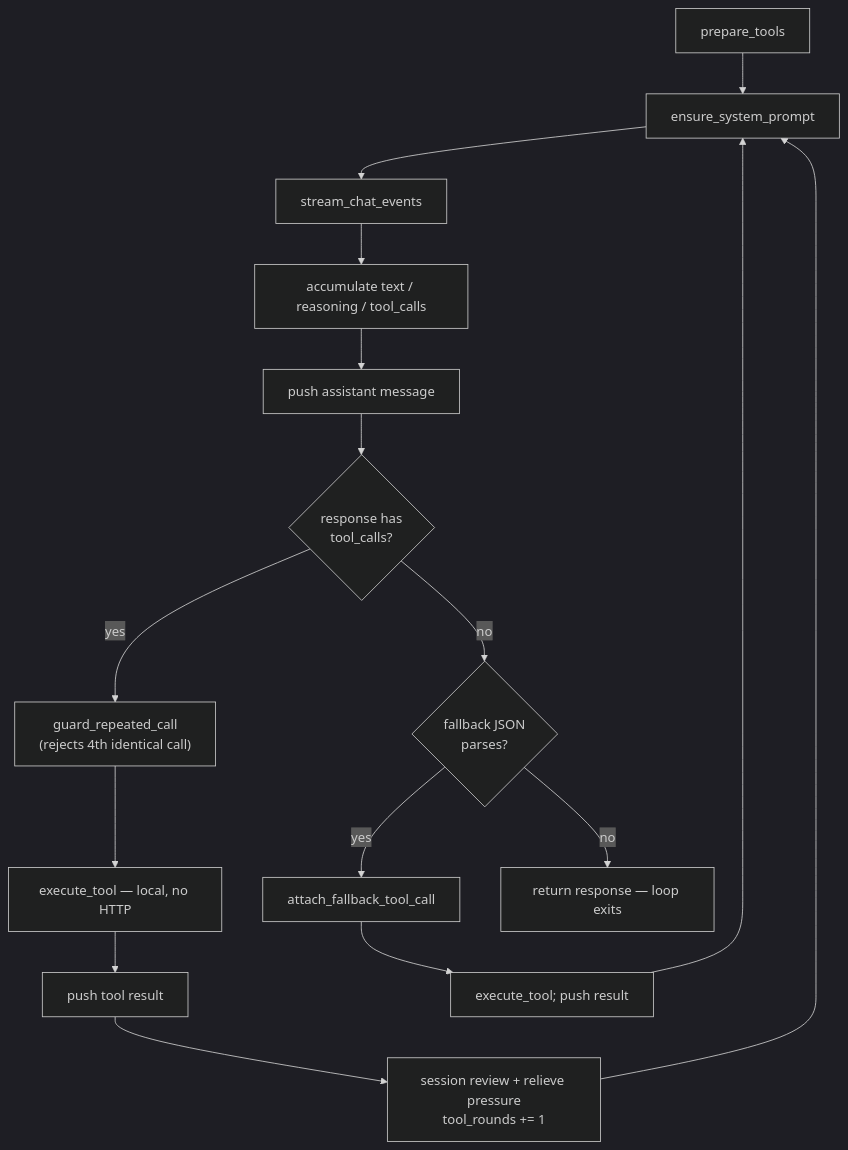
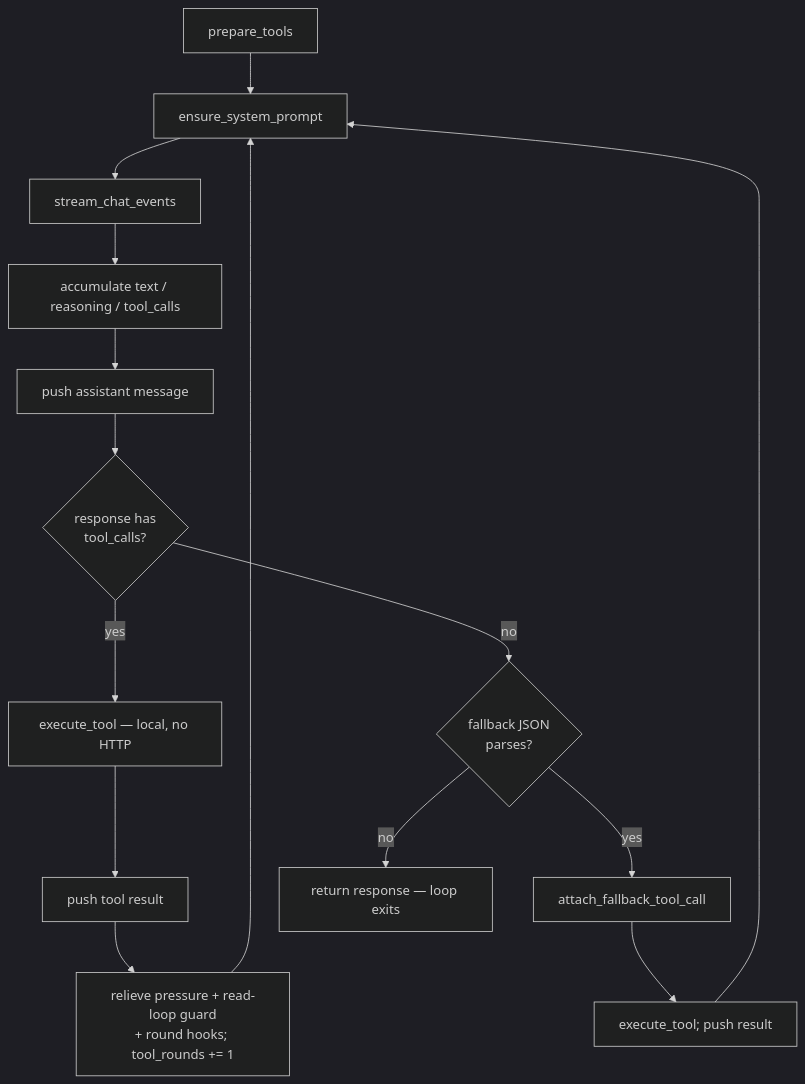
One commit to ming2k/neenee changed the diagram in docs/explanation/request-flow.md. Above: the diagram before and after it, drawn with Mermaid (dark theme). The commit also changed other lines of this file and 59 other files, not shown here.

First line of the commit message:
feat: ADR-0034 read-loop guard, anthropic_compat provider, MCP auto-reconnect

````diff
--- a/docs/explanation/request-flow.md
+++ b/docs/explanation/request-flow.md
@@ -140,18 +140,17 @@
 ```mermaid
 flowchart TD
     A["prepare_tools"] --> C["ensure_system_prompt"]
     C --> D["stream_chat_events"]
     D --> E["accumulate text / reasoning / tool_calls"]
     E --> F["push assistant message"]
     F --> G{"response has<br/>tool_calls?"}
-    G -- yes --> H["guard_repeated_call<br/>(rejects 4th identical call)"]
-    H --> I["execute_tool — local, no HTTP"]
+    G -- yes --> I["execute_tool — local, no HTTP"]
     I --> J["push tool result"]
-    J --> K["session review + relieve pressure<br/>tool_rounds += 1"]
+    J --> K["relieve pressure + read-loop guard<br/>+ round hooks; tool_rounds += 1"]
     K --> C
     G -- no --> L{"fallback JSON<br/>parses?"}
     L -- yes --> M["attach_fallback_tool_call"]
     M --> N["execute_tool; push result"]
     N --> C
     L -- no --> O["return response — loop exits"]
 ```
````
